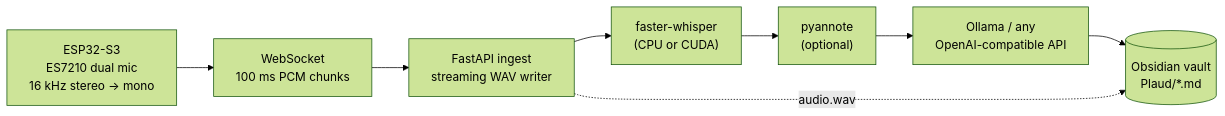
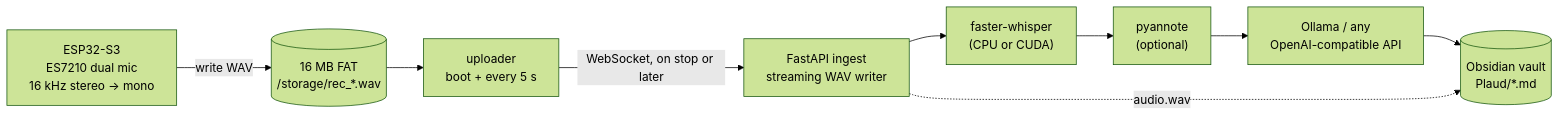
One commit to PovedaAqui/plaud-s3 changed the diagram in README.md. Above: the diagram before and after it, drawn with Mermaid (forest theme). The commit also changed other lines of this file and 8 other files, not shown here.

````diff
--- a/README.md
+++ b/README.md
@@ -37,13 +40,17 @@
 ```mermaid
 flowchart LR
     dev["ESP32-S3<br/>ES7210 dual mic<br/>16 kHz stereo → mono"]
-    ws["WebSocket<br/>100 ms PCM chunks"]
+    flash[("16 MB FAT<br/>/storage/rec_*.wav")]
+    up["uploader<br/>boot + every 5 s"]
     api["FastAPI ingest<br/>streaming WAV writer"]
     asr["faster-whisper<br/>(CPU or CUDA)"]
     dia["pyannote<br/>(optional)"]
     llm["Ollama / any<br/>OpenAI-compatible API"]
     vault[("Obsidian vault<br/>Plaud/*.md")]
 
-    dev --> ws --> api --> asr --> dia --> llm --> vault
+    dev -->|write WAV| flash
+    flash --> up
+    up -->|WebSocket, on stop or later| api
+    api --> asr --> dia --> llm --> vault
     api -.->|audio.wav| vault
 ```
````
